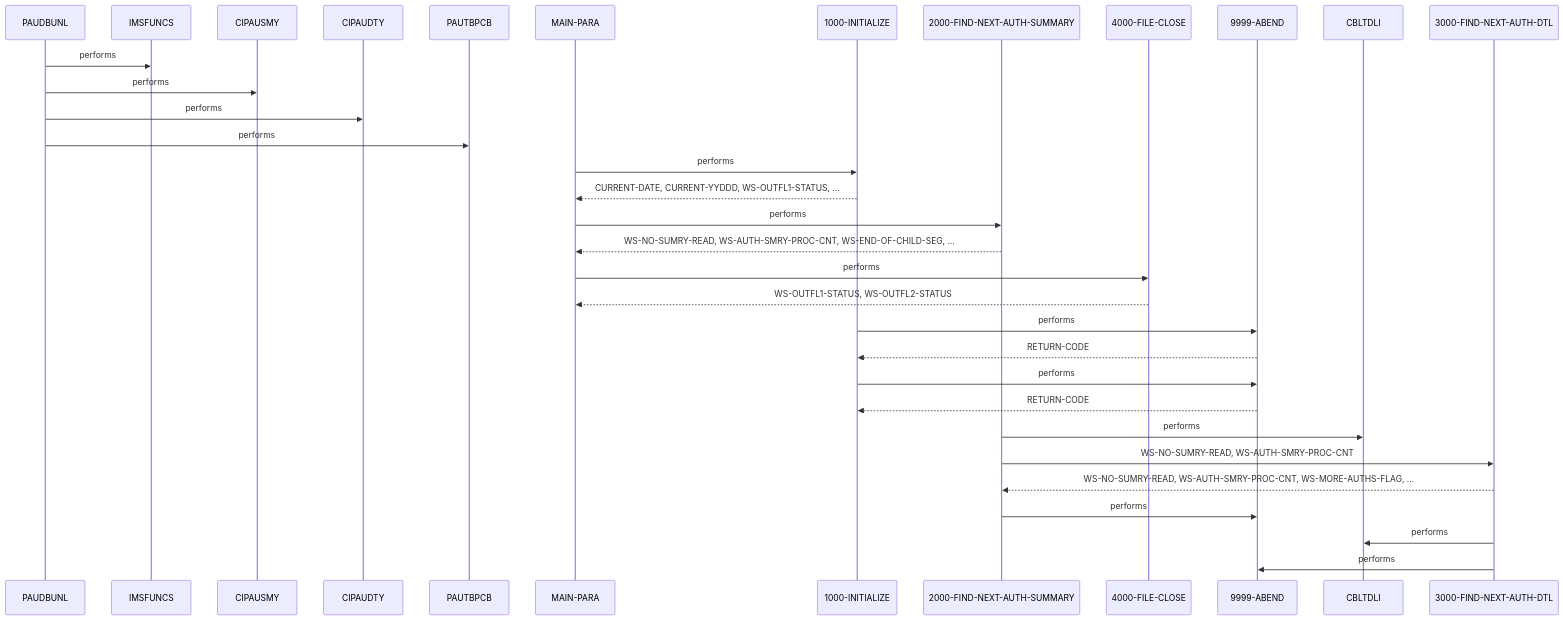
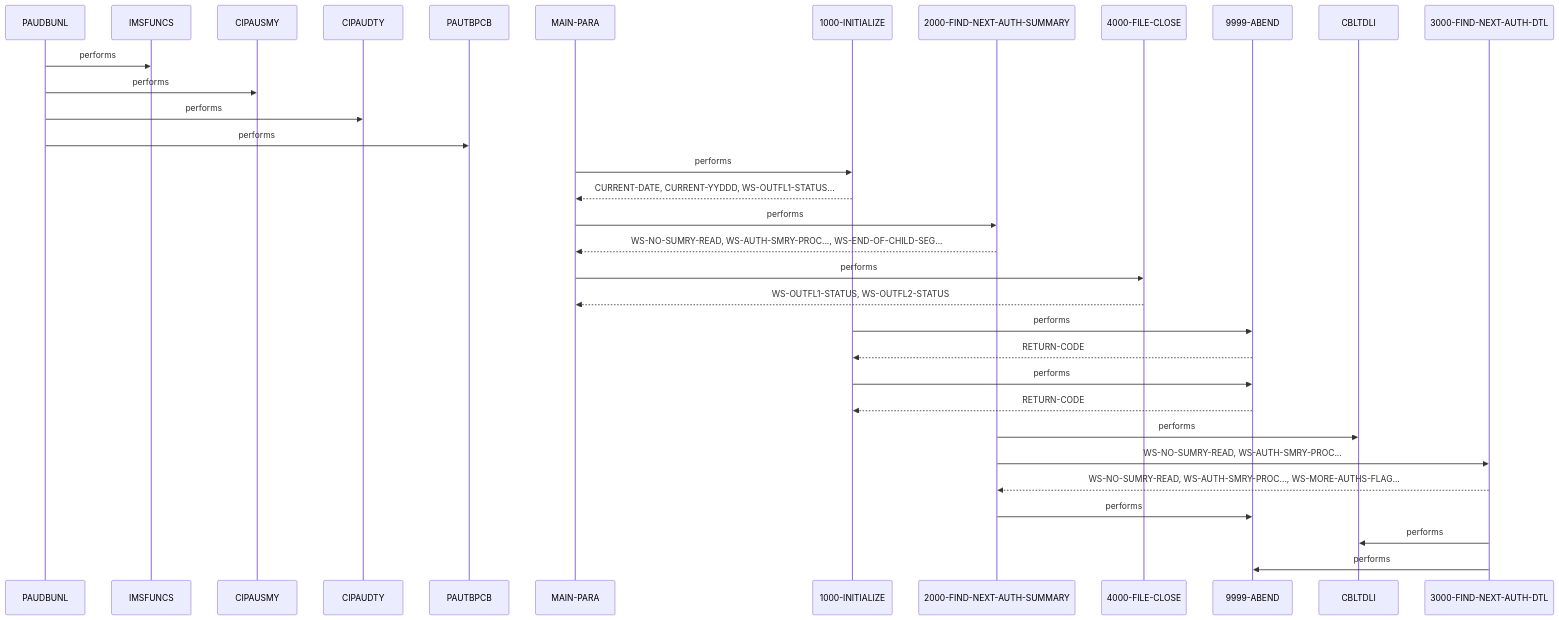
The diagram in example_output/documentation/cbl/PAUDBUNL.CBL.md (andrasfe/war_rig), drawn with Mermaid before and after one commit. The commit also changed other lines of this file and 35 other files, not shown here.

````diff
--- a/example_output/documentation/cbl/PAUDBUNL.CBL.md
+++ b/example_output/documentation/cbl/PAUDBUNL.CBL.md
@@ -129,23 +194,23 @@
 ```mermaid
 sequenceDiagram
     PAUDBUNL->>IMSFUNCS: performs
     PAUDBUNL->>CIPAUSMY: performs
     PAUDBUNL->>CIPAUDTY: performs
     PAUDBUNL->>PAUTBPCB: performs
     MAIN-PARA->>1000-INITIALIZE: performs
-    1000-INITIALIZE-->>MAIN-PARA: CURRENT-DATE, CURRENT-YYDDD, WS-OUTFL1-STATUS, ...
+    1000-INITIALIZE-->>MAIN-PARA: CURRENT-DATE, CURRENT-YYDDD, WS-OUTFL1-STATUS...
     MAIN-PARA->>2000-FIND-NEXT-AUTH-SUMMARY: performs
-    2000-FIND-NEXT-AUTH-SUMMARY-->>MAIN-PARA: WS-NO-SUMRY-READ, WS-AUTH-SMRY-PROC-CNT, WS-END-OF-CHILD-SEG, ...
+    2000-FIND-NEXT-AUTH-SUMMARY-->>MAIN-PARA: WS-NO-SUMRY-READ, WS-AUTH-SMRY-PROC..., WS-END-OF-CHILD-SEG...
     MAIN-PARA->>4000-FILE-CLOSE: performs
     4000-FILE-CLOSE-->>MAIN-PARA: WS-OUTFL1-STATUS, WS-OUTFL2-STATUS
     1000-INITIALIZE->>9999-ABEND: performs
     9999-ABEND-->>1000-INITIALIZE: RETURN-CODE
     1000-INITIALIZE->>9999-ABEND: performs
     9999-ABEND-->>1000-INITIALIZE: RETURN-CODE
     2000-FIND-NEXT-AUTH-SUMMARY->>CBLTDLI: performs
-    2000-FIND-NEXT-AUTH-SUMMARY->>3000-FIND-NEXT-AUTH-DTL: WS-NO-SUMRY-READ, WS-AUTH-SMRY-PROC-CNT
-    3000-FIND-NEXT-AUTH-DTL-->>2000-FIND-NEXT-AUTH-SUMMARY: WS-NO-SUMRY-READ, WS-AUTH-SMRY-PROC-CNT, WS-MORE-AUTHS-FLAG, ...
+    2000-FIND-NEXT-AUTH-SUMMARY->>3000-FIND-NEXT-AUTH-DTL: WS-NO-SUMRY-READ, WS-AUTH-SMRY-PROC...
+    3000-FIND-NEXT-AUTH-DTL-->>2000-FIND-NEXT-AUTH-SUMMARY: WS-NO-SUMRY-READ, WS-AUTH-SMRY-PROC..., WS-MORE-AUTHS-FLAG...
     2000-FIND-NEXT-AUTH-SUMMARY->>9999-ABEND: performs
     3000-FIND-NEXT-AUTH-DTL->>CBLTDLI: performs
     3000-FIND-NEXT-AUTH-DTL->>9999-ABEND: performs
 ```
````
